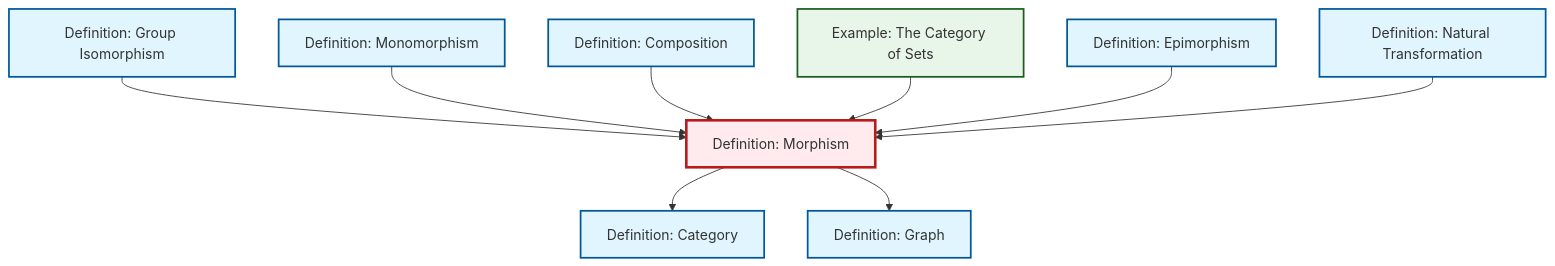
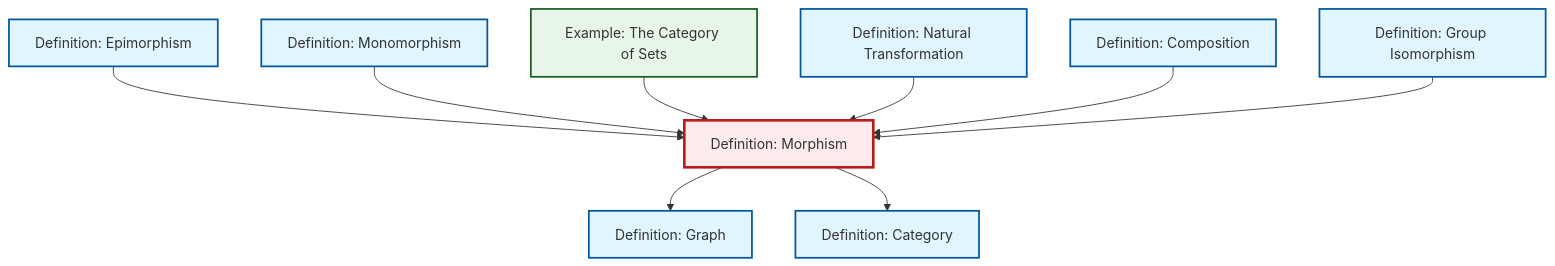
The diagram in content/ja/category-theory/def-morphism.qmd (RK0429/ModernMath), drawn with Mermaid before and after one commit. The commit also changed other lines of this file and 619 other files, not shown here.

````diff
--- a/content/ja/category-theory/def-morphism.qmd
+++ b/content/ja/category-theory/def-morphism.qmd
@@ -57,35 +57,35 @@
 ```{mermaid}
 %%| fig-cap: "Local dependency graph"
 graph TD
     classDef definition fill:#e1f5fe,stroke:#01579b,stroke-width:2px
     classDef theorem fill:#f3e5f5,stroke:#4a148c,stroke-width:2px
     classDef axiom fill:#fff3e0,stroke:#e65100,stroke-width:2px
     classDef example fill:#e8f5e9,stroke:#1b5e20,stroke-width:2px
     classDef current fill:#ffebee,stroke:#b71c1c,stroke-width:3px
+    def-composition["Definition: Composition"]:::definition
+    def-monomorphism["Definition: Monomorphism"]:::definition
+    ex-set-category["Example: The Category of Sets"]:::example
+    def-epimorphism["Definition: Epimorphism"]:::definition
+    def-morphism["Definition: Morphism"]:::definition
+    def-isomorphism["Definition: Group Isomorphism"]:::definition
     def-natural-transformation["Definition: Natural Transformation"]:::definition
-    def-epimorphism["Definition: Epimorphism"]:::definition
+    def-graph["Definition: Graph"]:::definition
     def-category["Definition: Category"]:::definition
-    def-isomorphism["Definition: Group Isomorphism"]:::definition
-    def-morphism["Definition: Morphism"]:::definition
-    def-monomorphism["Definition: Monomorphism"]:::definition
-    def-composition["Definition: Composition"]:::definition
-    def-graph["Definition: Graph"]:::definition
-    ex-set-category["Example: The Category of Sets"]:::example
-    def-isomorphism --> def-morphism
+    def-epimorphism --> def-morphism
+    def-morphism --> def-graph
     def-monomorphism --> def-morphism
+    ex-set-category --> def-morphism
+    def-natural-transformation --> def-morphism
     def-composition --> def-morphism
     def-morphism --> def-category
-    ex-set-category --> def-morphism
-    def-morphism --> def-graph
-    def-epimorphism --> def-morphism
-    def-natural-transformation --> def-morphism
+    def-isomorphism --> def-morphism
     class def-morphism current
+    click def-composition "def-composition.html" "Definition: Compositionへ"
+    click def-monomorphism "def-monomorphism.html" "Definition: Monomorphismへ"
+    click ex-set-category "ex-set-category.html" "Example: The Category of Setsへ"
+    click def-epimorphism "def-epimorphism.html" "Definition: Epimorphismへ"
+    click def-isomorphism "def-isomorphism.html" "Definition: Group Isomorphismへ"
     click def-natural-transformation "def-natural-transformation.html" "Definition: Natural Transformationへ"
-    click def-epimorphism "def-epimorphism.html" "Definition: Epimorphismへ"
+    click def-graph "def-graph.html" "Definition: Graphへ"
     click def-category "def-category.html" "Definition: Categoryへ"
-    click def-isomorphism "def-isomorphism.html" "Definition: Group Isomorphismへ"
-    click def-monomorphism "def-monomorphism.html" "Definition: Monomorphismへ"
-    click def-composition "def-composition.html" "Definition: Compositionへ"
-    click def-graph "def-graph.html" "Definition: Graphへ"
-    click ex-set-category "ex-set-category.html" "Example: The Category of Setsへ"
 ```
````
